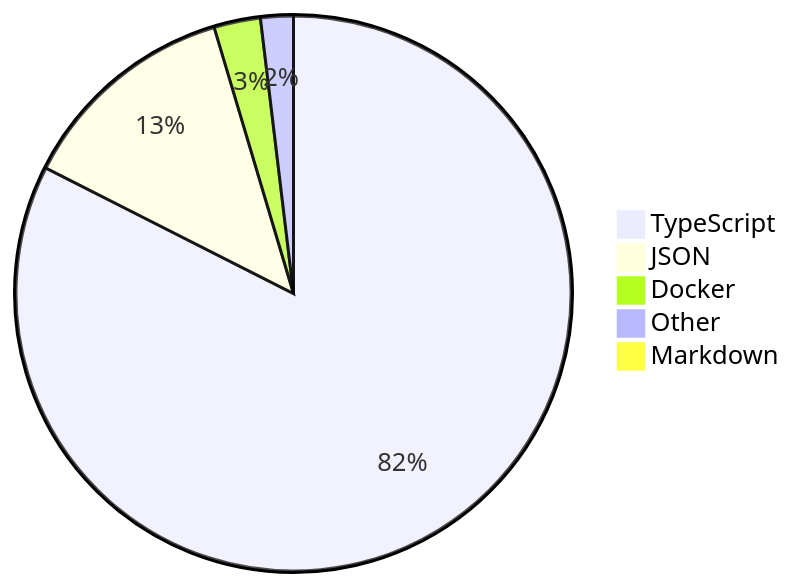
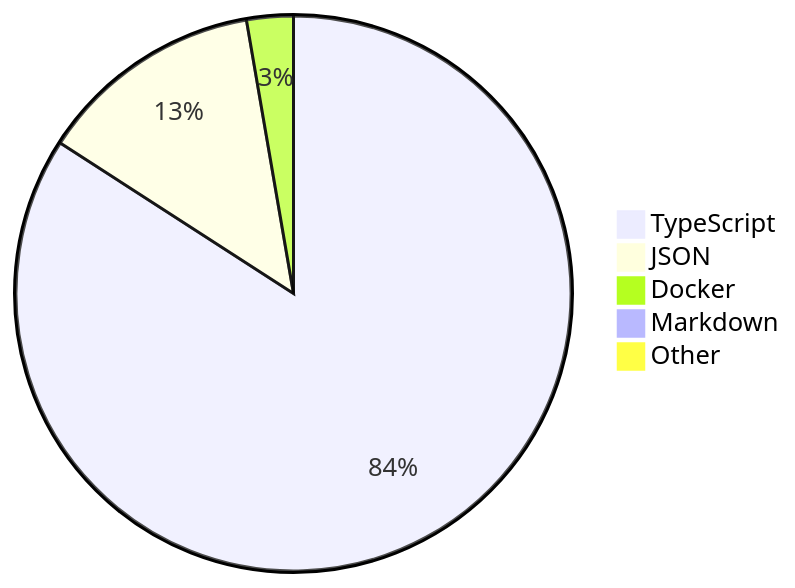
One commit to skvggor/skvggor changed the diagram in README.md. Above: the diagram before and after it, drawn with Mermaid.

Commit message:
Updated waka-readme graph with new metrics

````diff
--- a/README.md
+++ b/README.md
@@ -28,8 +28,8 @@
 ```mermaid
 pie
-    "TypeScript" : 82.3
-    "JSON" : 12.9
+    "TypeScript" : 83.7
+    "JSON" : 13.1
     "Docker" : 2.7
-    "Other" : 1.9
     "Markdown" : 0.2
+    "Other" : 0.2
 ```
````
